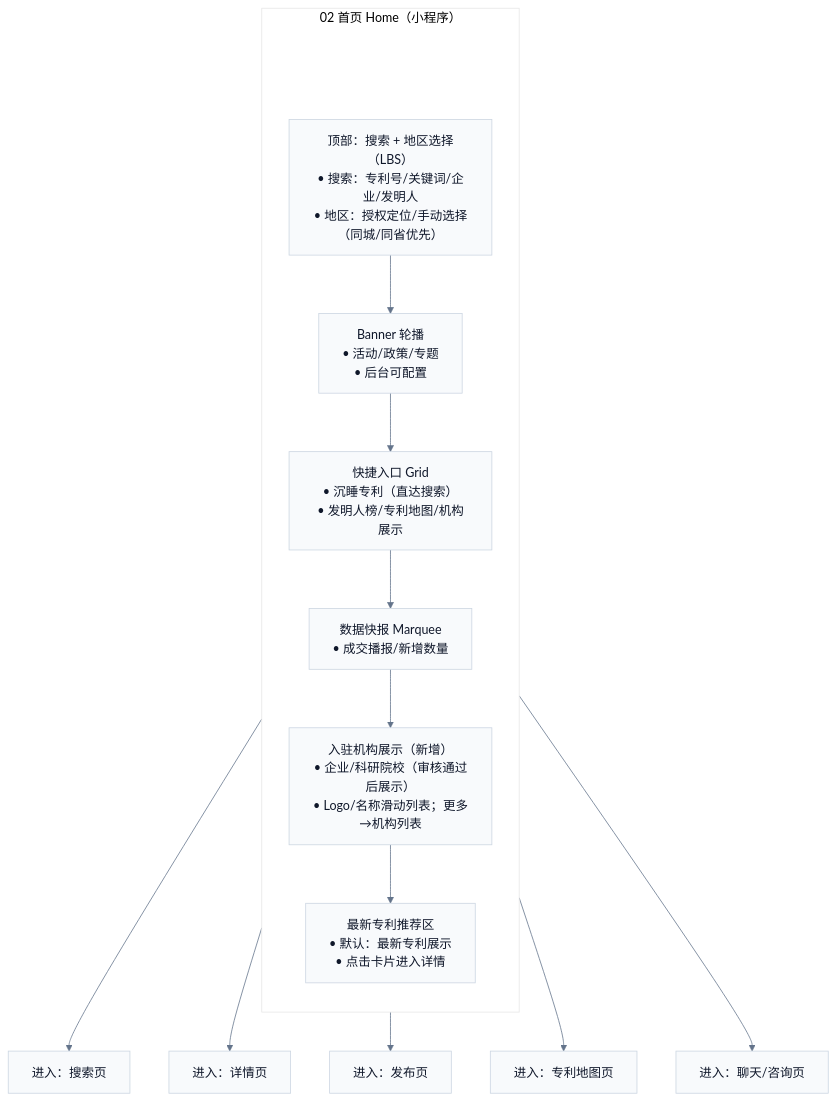
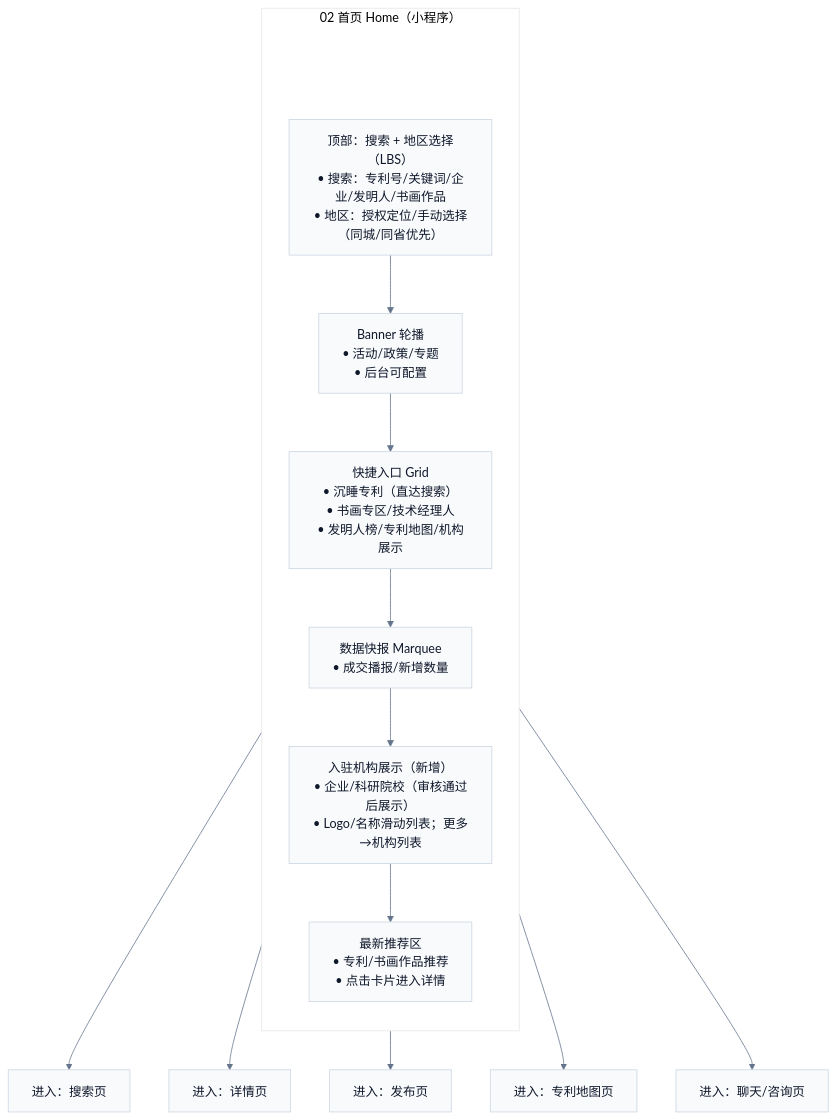
The diagram in docs/demo/pages/miniapp/02-home.mmd (Ming-1984/Ipmoney), drawn with Mermaid before and after one commit. The commit also changed 176 other files, not shown here.

Commit message:
Add SVG diagram for requirements phase summary with detailed flowchart representation

```diff
--- a/docs/demo/pages/miniapp/02-home.mmd
+++ b/docs/demo/pages/miniapp/02-home.mmd
@@ -1,29 +1,29 @@
 %%{init: {'theme':'base','flowchart': {'htmlLabels': true},'themeVariables': {'fontFamily': 'Inter, Microsoft YaHei, sans-serif','lineColor':'#64748B','primaryTextColor':'#0F172A','primaryBorderColor':'#CBD5E1','primaryColor':'#F8FAFC'}}}%%
 flowchart TB
   subgraph P["02 首页 Home（小程序）"]
     direction TB
     Pad[" "]:::pad
-    TopBar["顶部：搜索 + 地区选择（LBS）<br/>• 搜索：专利号/关键词/企业/发明人<br/>• 地区：授权定位/手动选择（同城/同省优先）"]
+    TopBar["顶部：搜索 + 地区选择（LBS）<br/>• 搜索：专利号/关键词/企业/发明人/书画作品<br/>• 地区：授权定位/手动选择（同城/同省优先）"]
     Banner["Banner 轮播<br/>• 活动/政策/专题<br/>• 后台可配置"]
-    Grid["快捷入口 Grid<br/>• 沉睡专利（直达搜索）<br/>• 发明人榜/专利地图/机构展示"]
+    Grid["快捷入口 Grid<br/>• 沉睡专利（直达搜索）<br/>• 书画专区/技术经理人<br/>• 发明人榜/专利地图/机构展示"]
     Marquee["数据快报 Marquee<br/>• 成交播报/新增数量"]
     Orgs["入驻机构展示（新增）<br/>• 企业/科研院校（审核通过后展示）<br/>• Logo/名称滑动列表；更多→机构列表"]
-    Tabs["最新专利推荐区<br/>• 默认：最新专利展示<br/>• 点击卡片进入详情"]
+    Tabs["最新推荐区<br/>• 专利/书画作品推荐<br/>• 点击卡片进入详情"]
     Pad --> TopBar
     TopBar --> Banner --> Grid --> Marquee --> Orgs --> Tabs
   end
 
   SearchResult["进入：搜索页"]
   Detail["进入：详情页"]
   Publish["进入：发布页"]
   Map["进入：专利地图页"]
   CS["进入：聊天/咨询页"]
 
   TopBar --> SearchResult
   Tabs --> Detail
   Grid --> Publish
   Grid --> Map
   Grid --> CS
 
   classDef pad fill:transparent,stroke:transparent,color:transparent;
   linkStyle 0 stroke:transparent,fill:transparent;
```
